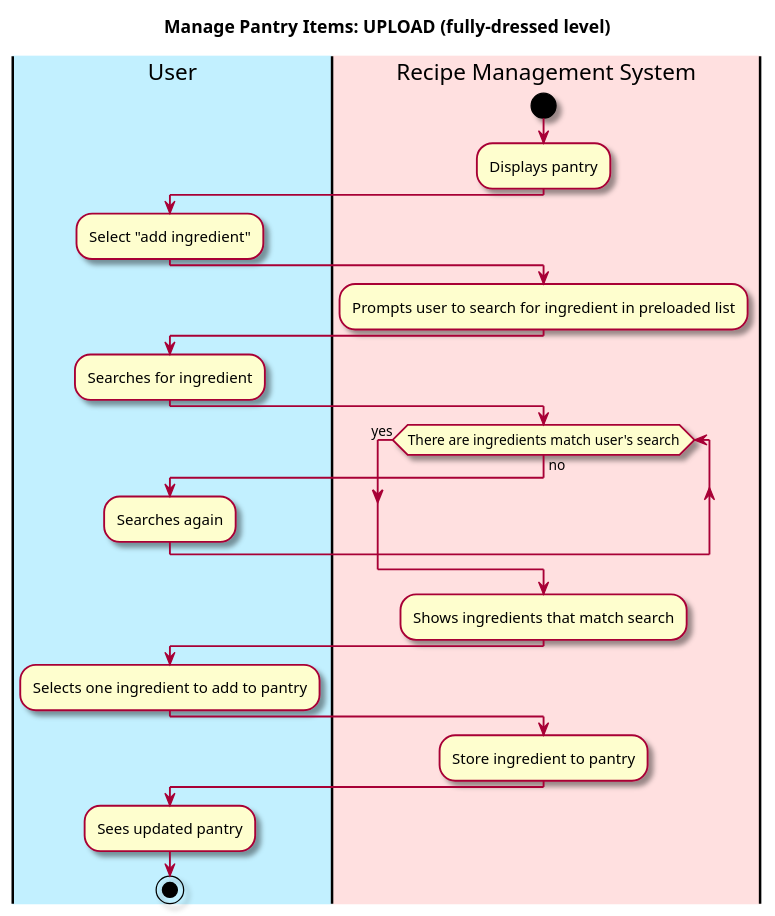
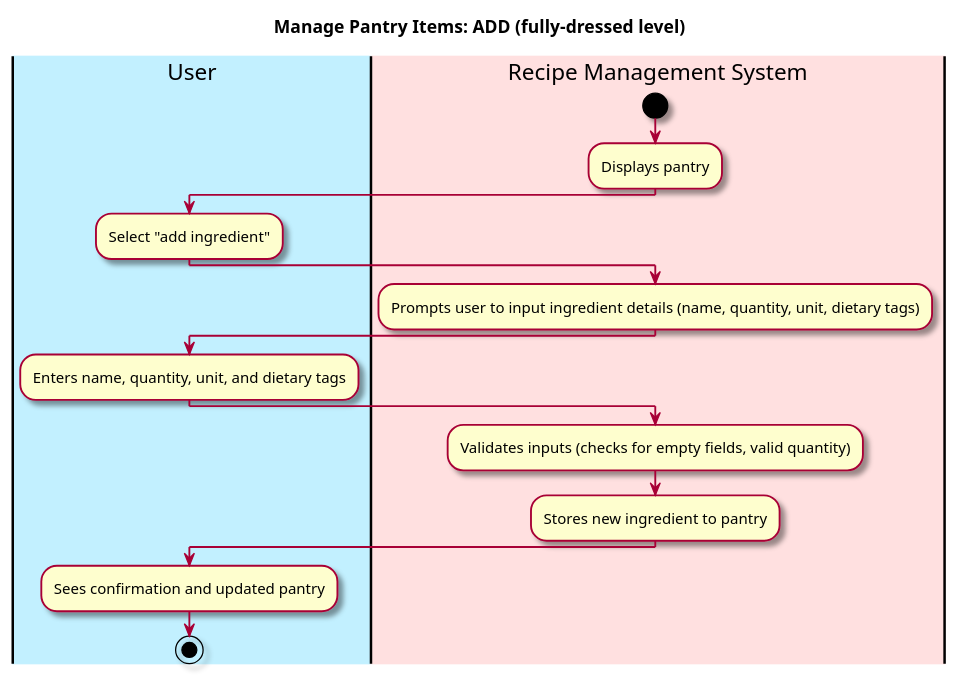
The first of 8 diagrams in intellij/doc/use-cases/manage_pantry.md (berthashipper/Pantry-Pal-Android-Application), drawn with PlantUML before and after one commit. The commit also changed other lines of this file and 11 other files, not shown here.

Commit message:
Updated sequence diagrams and workflows to reflect real code

````diff
--- a/intellij/doc/use-cases/manage_pantry.md
+++ b/intellij/doc/use-cases/manage_pantry.md
@@ -27,42 +27,28 @@
 ```plantuml
 @startuml
-
 skin rose
 
-title  Manage Pantry Items: UPLOAD (fully-dressed level)
+title  Manage Pantry Items: ADD (fully-dressed level)
 
 'define the lanes
 |#application|User|
 |#implementation|Recipe Management System|
 
 |Recipe Management System|
 start
 :Displays pantry;
 |User|
 :Select "add ingredient";
 |Recipe Management System|
-:Prompts user to search for ingredient in preloaded list;
+:Prompts user to input ingredient details (name, quantity, unit, dietary tags);
 |User|
-:Searches for ingredient;
+:Enters name, quantity, unit, and dietary tags;
 |Recipe Management System|
-
-while (There are ingredients match user's search) is (no) 
+:Validates inputs (checks for empty fields, valid quantity);
+:Stores new ingredient to pantry;
 |User|
-:Searches again;
-endwhile (yes);
-
-|Recipe Management System|
-:Shows ingredients that match search;
-
-|User|
-:Selects one ingredient to add to pantry;
-|Recipe Management System|
-
-:Store ingredient to pantry;
-
-|User|
-:Sees updated pantry;
-
+:Sees confirmation and updated pantry;
 stop
 @enduml
+
 ```
````
